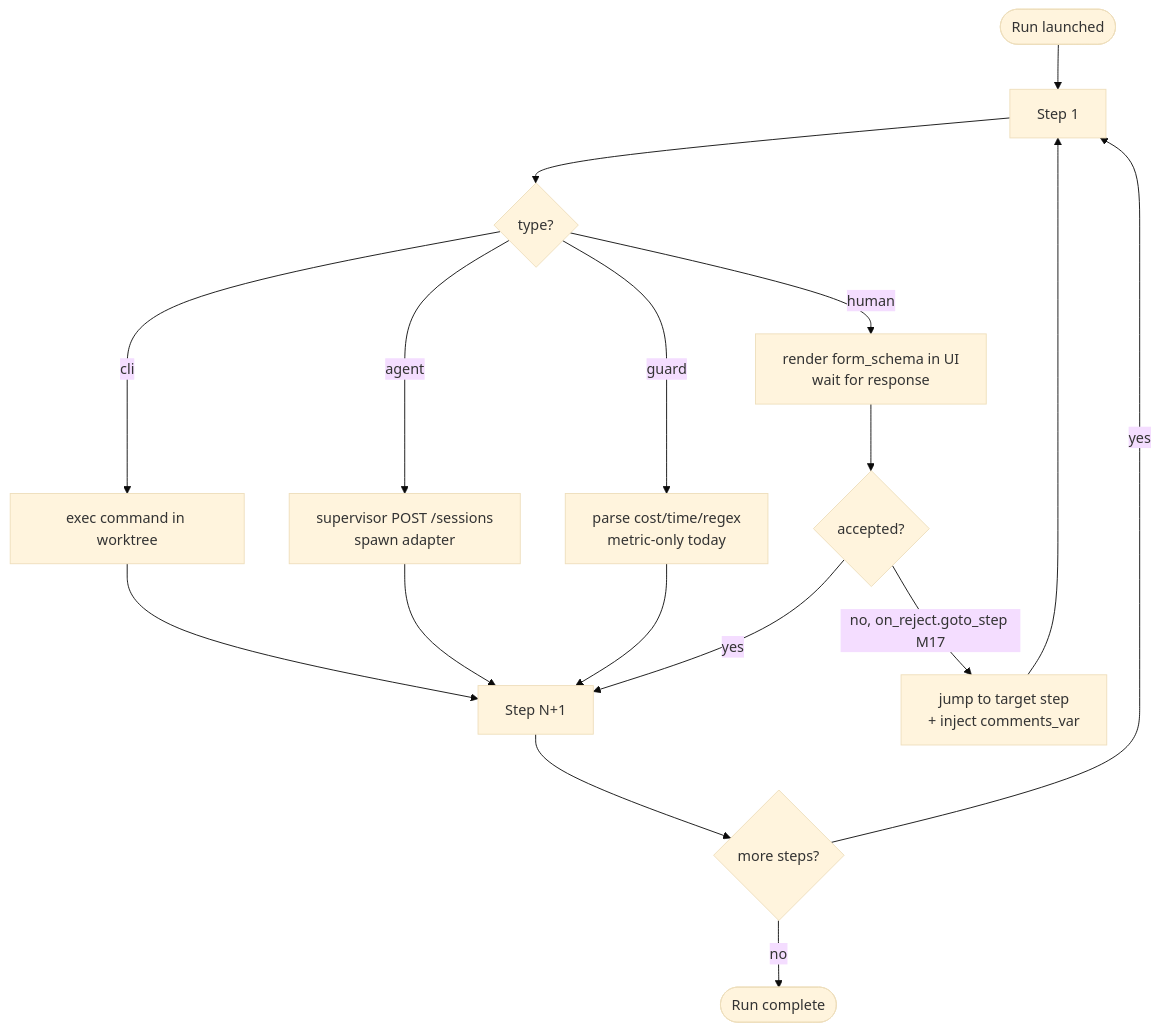
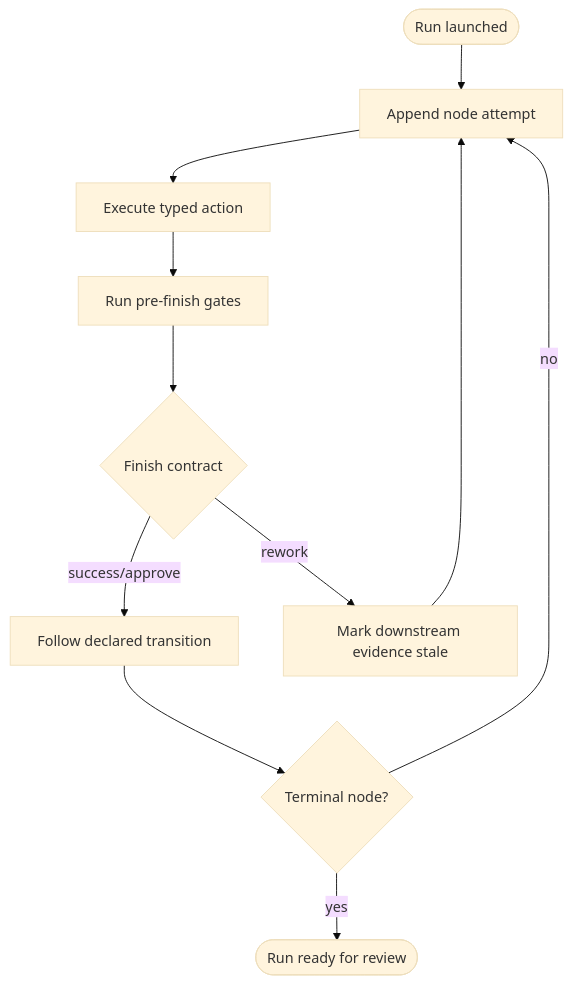
Before and after one commit to maister-dev/maister: the fourth of 5 diagrams in docs/system-analytics/flows.md, drawn with Mermaid (base theme). The commit also changed other lines of this file and 55 other files, not shown here.

````diff
--- a/docs/system-analytics/flows.md
+++ b/docs/system-analytics/flows.md
@@ -138,19 +123,13 @@
 ```mermaid
 flowchart TD
-    Start([Run launched]) --> S1[Step 1]
-    S1 --> T{type?}
-    T -- cli --> Exec1[exec command in worktree]
-    T -- agent --> Acp1[supervisor POST /sessions<br/>spawn adapter]
-    T -- guard --> Eval[parse cost/time/regex<br/>metric-only today]
-    T -- human --> Form[render form_schema in UI<br/>wait for response]
-    Exec1 --> Next
-    Acp1 --> Next
-    Eval --> Next
-    Form --> Verdict{accepted?}
-    Verdict -- yes --> Next[Step N+1]
-    Verdict -- no, on_reject.goto_step M17 --> Loop[jump to target step<br/>+ inject comments_var]
-    Loop --> S1
-    Next --> Done{more steps?}
-    Done -- yes --> S1
-    Done -- no --> End([Run complete])
+    Start([Run launched]) --> Node[Append node attempt]
+    Node --> Action[Execute typed action]
+    Action --> Gates[Run pre-finish gates]
+    Gates --> Finish{Finish contract}
+    Finish -- success/approve --> Next[Follow declared transition]
+    Finish -- rework --> Stale[Mark downstream evidence stale]
+    Stale --> Node
+    Next --> Done{Terminal node?}
+    Done -- no --> Node
+    Done -- yes --> End([Run ready for review])
 ```
````
